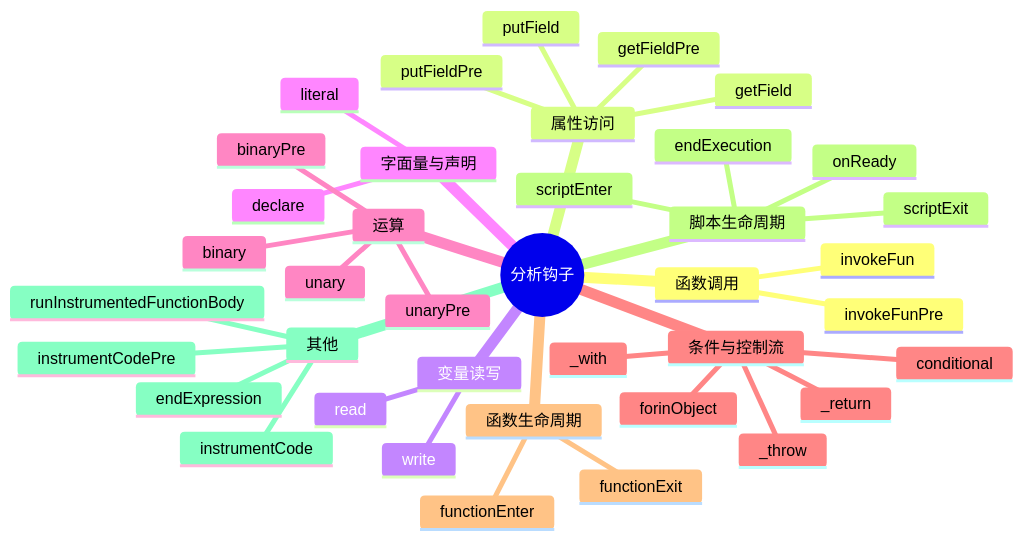
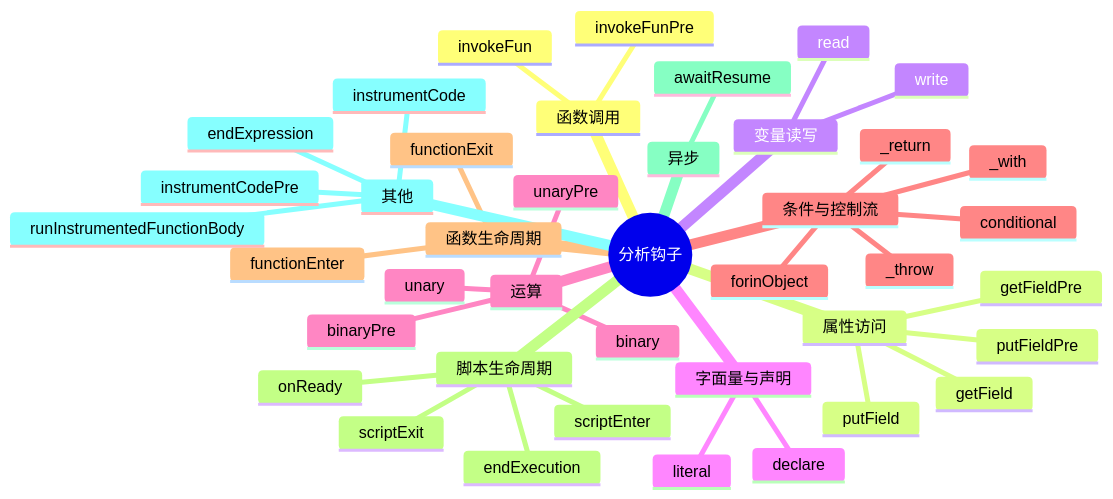
One commit to fuckreverse/Jani changed the second of 2 diagrams in docs/Analysis-Development.md. Above: the diagram before and after it, drawn with Mermaid. The commit also changed other lines of this file and 13 other files, not shown here.

````diff
--- a/docs/Analysis-Development.md
+++ b/docs/Analysis-Development.md
@@ -75,42 +75,44 @@
 ```mermaid
 mindmap
   root((分析钩子))
     函数调用
       invokeFunPre
       invokeFun
     属性访问
       getFieldPre
       getField
       putFieldPre
       putField
     变量读写
       read
       write
     字面量与声明
       literal
       declare
     运算
       binaryPre
       binary
       unaryPre
       unary
     条件与控制流
       conditional
       _return
       _throw
       _with
       forinObject
     函数生命周期
       functionEnter
       functionExit
     脚本生命周期
       scriptEnter
       scriptExit
       endExecution
       onReady
+    异步
+      awaitResume
     其他
       endExpression
       instrumentCodePre
       instrumentCode
       runInstrumentedFunctionBody
 ```
````
